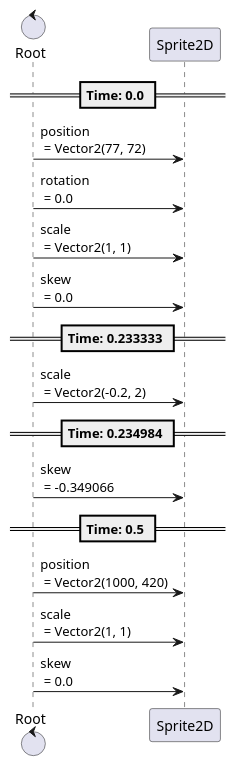
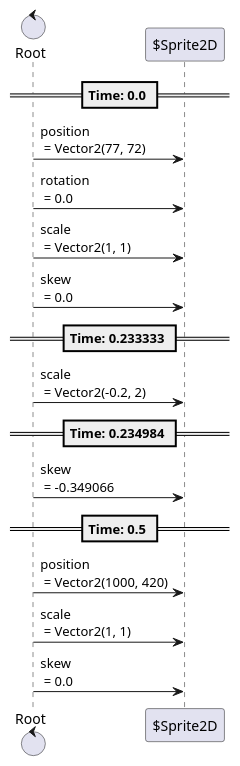
Before and after one commit to tkmfujise/Platformer-Game-Learning: the fifth of 6 diagrams in content/scenes/src/beginning/chapters/chapter/chapter.tscn.adoc, drawn with PlantUML. The commit also changed other lines of this file and 31 other files, not shown here.

Commit message:
Add prefix $ to node name in animation sequences

```diff
--- a/content/scenes/src/beginning/chapters/chapter/chapter.tscn.adoc
+++ b/content/scenes/src/beginning/chapters/chapter/chapter.tscn.adoc
@@ -120,23 +120,23 @@
 [plantuml]
 ....
-control "Root" as Root
-participant "Sprite2D" as T0
+control "Root" as R
+participant "$Sprite2D" as T0
 
 
 
 == Time: 0.0 ==
-Root  ->  T0 : position\n = Vector2(77, 72)
-Root  ->  T0 : rotation\n = 0.0
-Root  ->  T0 : scale\n = Vector2(1, 1)
-Root  ->  T0 : skew\n = 0.0
+R  ->  T0 : position\n = Vector2(77, 72)
+R  ->  T0 : rotation\n = 0.0
+R  ->  T0 : scale\n = Vector2(1, 1)
+R  ->  T0 : skew\n = 0.0
 == Time: 0.233333 ==
-Root  ->  T0 : scale\n = Vector2(-0.2, 2)
+R  ->  T0 : scale\n = Vector2(-0.2, 2)
 == Time: 0.234984 ==
-Root  ->  T0 : skew\n = -0.349066
+R  ->  T0 : skew\n = -0.349066
 == Time: 0.5 ==
-Root  ->  T0 : position\n = Vector2(1000, 420)
-Root  ->  T0 : scale\n = Vector2(1, 1)
-Root  ->  T0 : skew\n = 0.0
+R  ->  T0 : position\n = Vector2(1000, 420)
+R  ->  T0 : scale\n = Vector2(1, 1)
+R  ->  T0 : skew\n = 0.0
 
 
 ....
```
